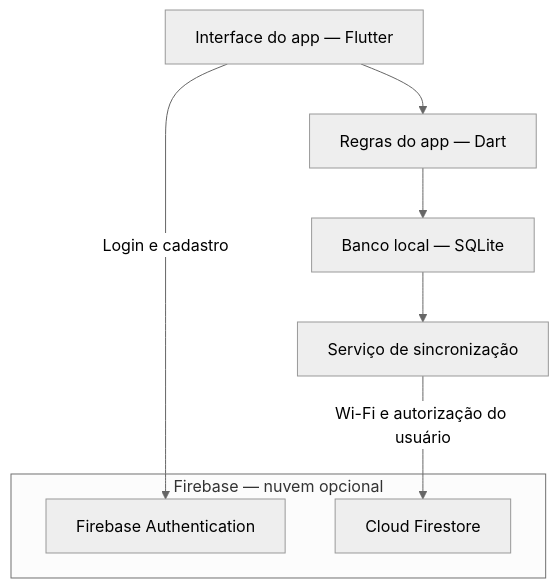
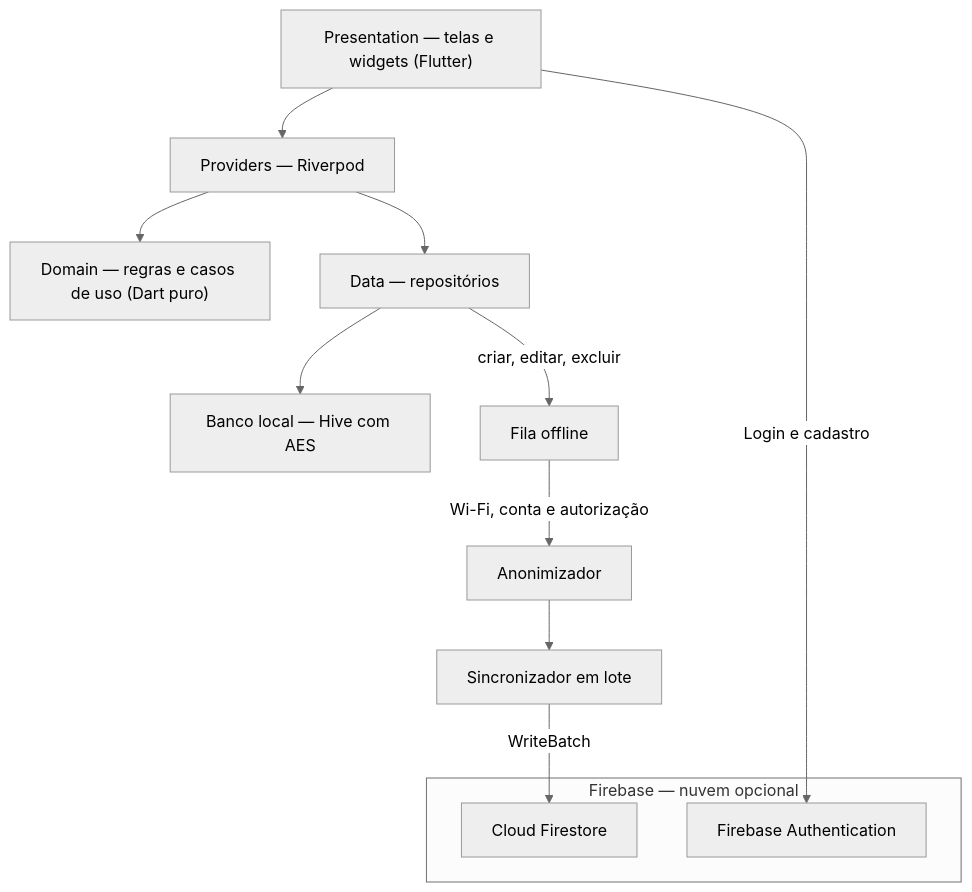
Before and after one commit to wiliafsilva/hepatocheck: the diagram in docs/justificativas.md, drawn with Mermaid (neutral theme). The commit also changed other lines of this file and 1 other file, not shown here.

Commit message:
docs: registro do uso de IA com a justificativa das bibliotecas e justificativas atualizadas

````diff
--- a/docs/justificativas.md
+++ b/docs/justificativas.md
@@ -125,18 +151,26 @@
 ```mermaid
 flowchart TD
-    UI["Interface do app — Flutter"]
-    RULES["Regras do app — Dart"]
-    DB["Banco local — SQLite"]
-    SYNC["Serviço de sincronização"]
+    UI["Presentation — telas e widgets (Flutter)"]
+    STATE["Providers — Riverpod"]
+    DOMAIN["Domain — regras e casos de uso (Dart puro)"]
+    DATA["Data — repositórios"]
+    DB["Banco local — Hive com AES"]
+    QUEUE["Fila offline"]
+    ANON["Anonimizador"]
+    SYNC["Sincronizador em lote"]
 
     subgraph CLOUD["Firebase — nuvem opcional"]
         AUTH["Firebase Authentication"]
         FIRESTORE["Cloud Firestore"]
     end
 
-    UI --> RULES
-    RULES --> DB
-    DB --> SYNC
+    UI --> STATE
+    STATE --> DOMAIN
+    STATE --> DATA
+    DATA --> DB
+    DATA -->|"criar, editar, excluir"| QUEUE
+    QUEUE -->|"Wi-Fi, conta e autorização"| ANON
+    ANON --> SYNC
+    SYNC -->|"WriteBatch"| FIRESTORE
     UI -->|"Login e cadastro"| AUTH
-    SYNC -->|"Wi-Fi e autorização do usuário"| FIRESTORE
 ```
````
